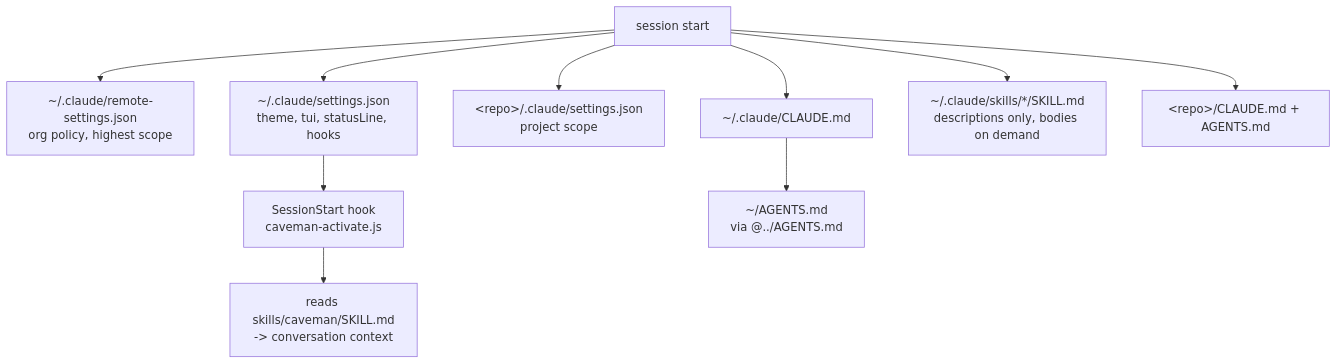
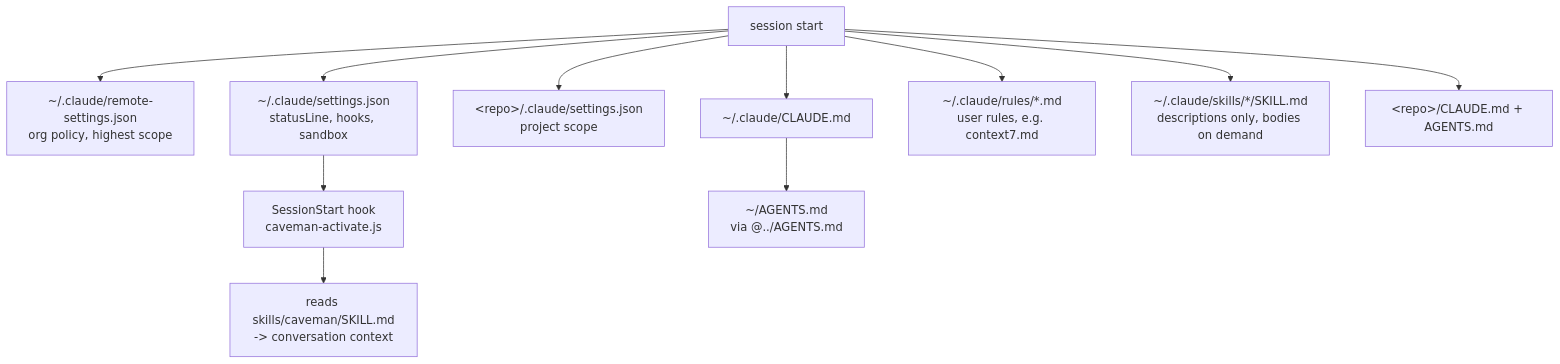
Before and after one commit to pilniczek/important: the fourth of 4 diagrams in content/claude-code-environment.md, drawn with Mermaid. The commit also changed other lines of this file and 7 other files, not shown here.

````diff
--- a/content/claude-code-environment.md
+++ b/content/claude-code-environment.md
@@ -136,12 +499,13 @@
 ```mermaid
 flowchart TD
   S["session start"] --> P["~/.claude/remote-settings.json<br/>org policy, highest scope"]
-  S --> U["~/.claude/settings.json<br/>theme, tui, statusLine, hooks"]
+  S --> U["~/.claude/settings.json<br/>statusLine, hooks, sandbox"]
   S --> PR["&lt;repo&gt;/.claude/settings.json<br/>project scope"]
   U --> HK["SessionStart hook<br/>caveman-activate.js"]
   HK --> CTX["reads skills/caveman/SKILL.md<br/>-> conversation context"]
   S --> CM["~/.claude/CLAUDE.md"]
   CM --> AG["~/AGENTS.md<br/>via @../AGENTS.md"]
+  S --> UR["~/.claude/rules/*.md<br/>user rules, e.g. context7.md"]
   S --> SK["~/.claude/skills/*/SKILL.md<br/>descriptions only, bodies on demand"]
   S --> RC["&lt;repo&gt;/CLAUDE.md + AGENTS.md"]
 ```
````
